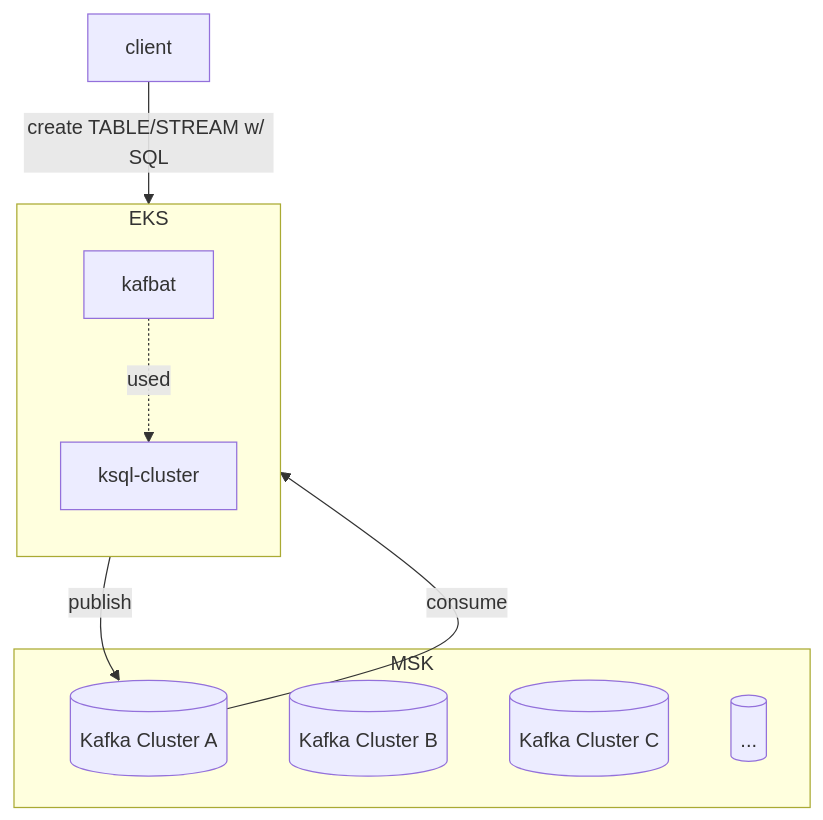
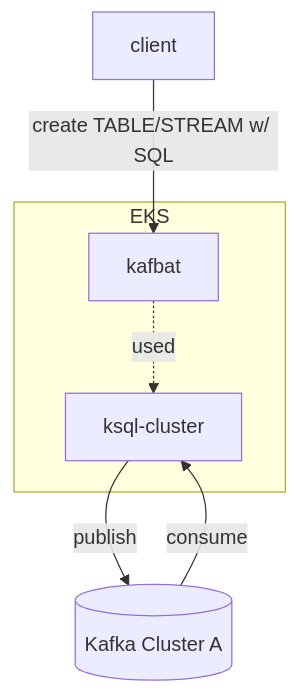
One commit to jx2lee/my-digital-garden changed the diagram in src/site/notes/data/kafka/__/ksql-demo.md. Above: the diagram before and after it, drawn with Mermaid. The commit also changed other lines of this file and 3 other files, not shown here.

````diff
--- a/src/site/notes/data/kafka/__/ksql-demo.md
+++ b/src/site/notes/data/kafka/__/ksql-demo.md
@@ -7,19 +7,14 @@
 ```mermaid
 flowchart TB
-subgraph msk["MSK"]
-    data[("Kafka Cluster A")]
-    event[("Kafka Cluster B")]
-    exchange[("Kafka Cluster C")]
-    etc[("...")]
-end
-
 subgraph eks["EKS"]
-    direction TB
     ksql["ksql-cluster"]
     ui["kafbat"]
     ui -.-> |used| ksql
 end
 
+data[("Kafka Cluster A")]
+
 client --> |create TABLE/STREAM w/ SQL| ui
-data --> |consume| ksql --> |publish| data
+data --> |consume| ksql
+ksql --> |publish| data
 ```
````
